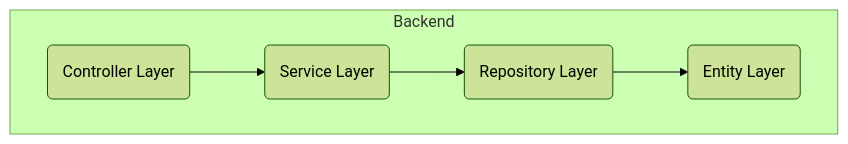
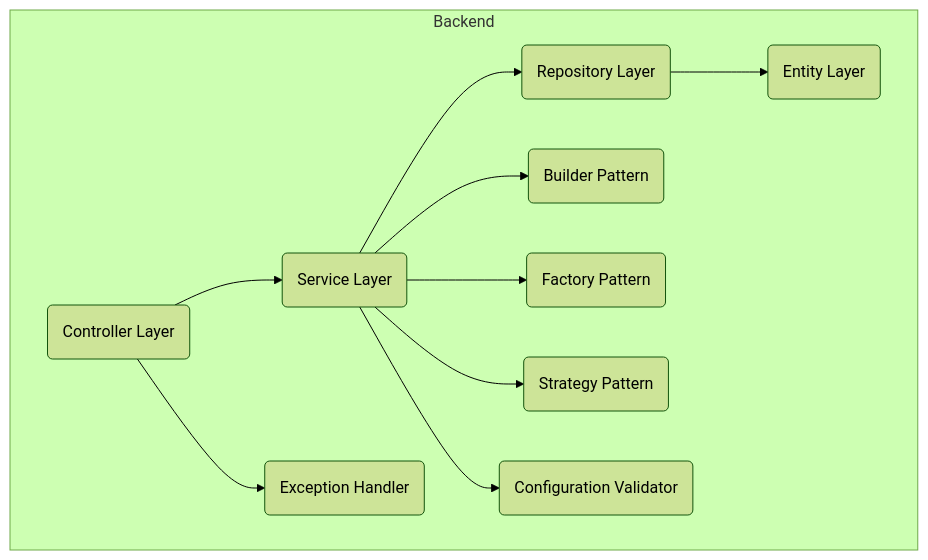
Before and after one commit to Mukaan17/xai-forge: the second of 4 diagrams in docs/ARCHITECTURE.md, drawn with Mermaid (forest theme). The commit also changed other lines of this file and 117 other files, not shown here.

````diff
--- a/docs/ARCHITECTURE.md
+++ b/docs/ARCHITECTURE.md
@@ -40,8 +40,13 @@
 ```mermaid
 graph TD
     subgraph Backend
         Controller(Controller Layer) --> Service(Service Layer)
         Service --> Repository(Repository Layer)
         Repository --> Entity(Entity Layer)
+        Service --> Builder(Builder Pattern)
+        Service --> Factory(Factory Pattern)
+        Service --> Strategy(Strategy Pattern)
+        Controller --> Exception(Exception Handler)
+        Service --> Config(Configuration Validator)
     end
 ```
````
